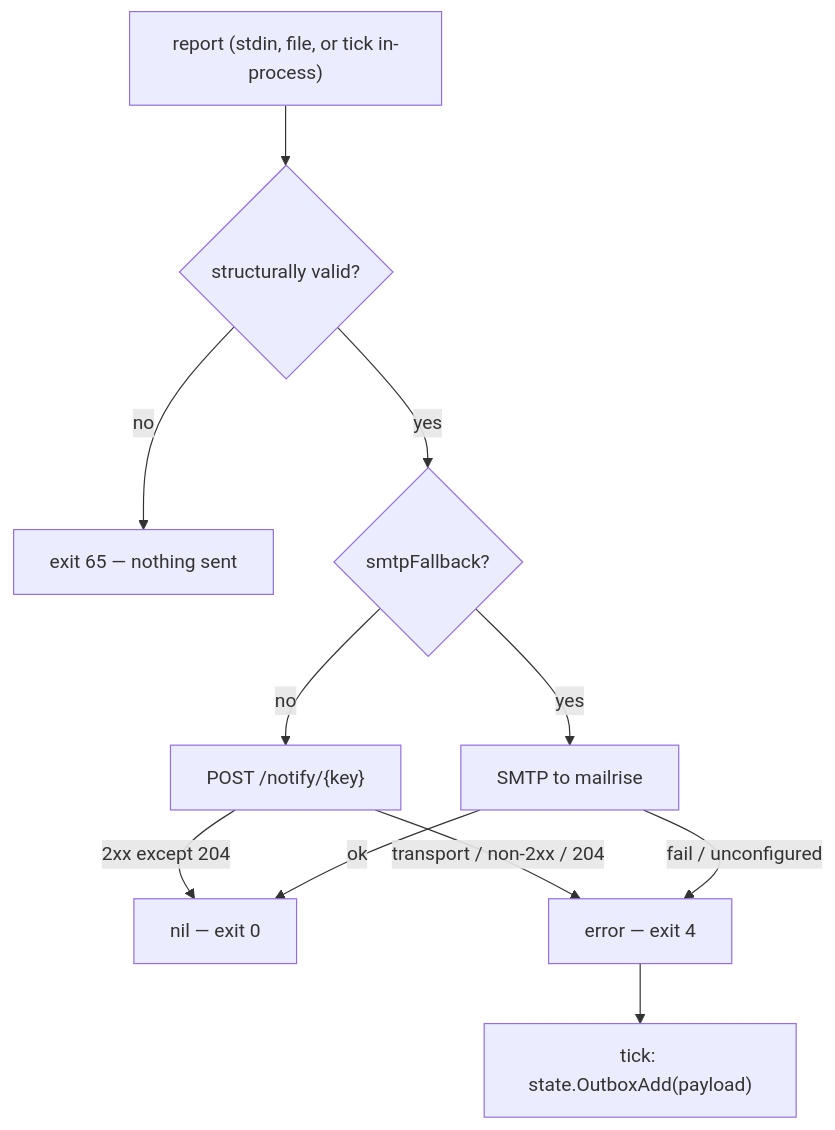
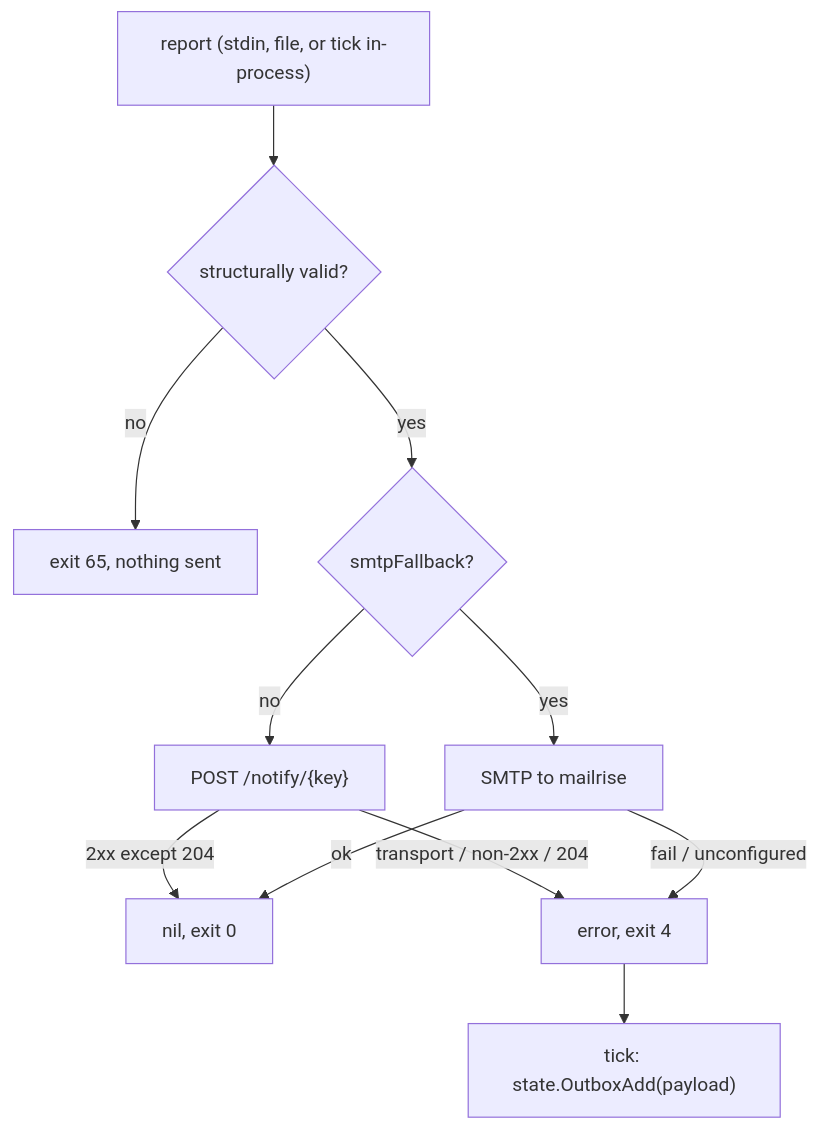
Before and after one commit to thiscantbeserious/agentic-server-supervisor: the diagram in contracts/notify.md, drawn with Mermaid. The commit also changed other lines of this file and 81 other files, not shown here.

````diff
--- a/contracts/notify.md
+++ b/contracts/notify.md
@@ -206,13 +206,13 @@
 ```mermaid
 flowchart TB
     in["report (stdin, file, or tick in-process)"] --> val{"structurally valid?"}
-    val -- no --> e1["exit 65 — nothing sent"]
+    val -- no --> e1["exit 65, nothing sent"]
     val -- yes --> mode{"smtpFallback?"}
     mode -- no --> post["POST /notify/{key}"]
     mode -- yes --> smtp["SMTP to mailrise"]
-    post -- "2xx except 204" --> ok["nil — exit 0"]
-    post -- "transport / non-2xx / 204" --> err["error — exit 4"]
+    post -- "2xx except 204" --> ok["nil, exit 0"]
+    post -- "transport / non-2xx / 204" --> err["error, exit 4"]
     smtp -- ok --> ok
     smtp -- "fail / unconfigured" --> err
     err --> q["tick: state.OutboxAdd(payload)"]
 ```
````
